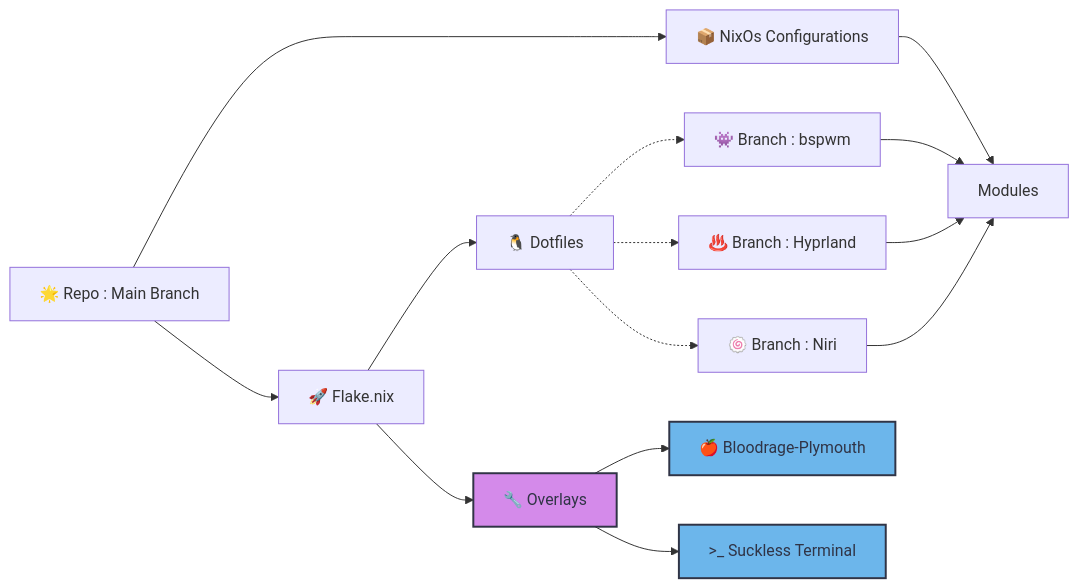
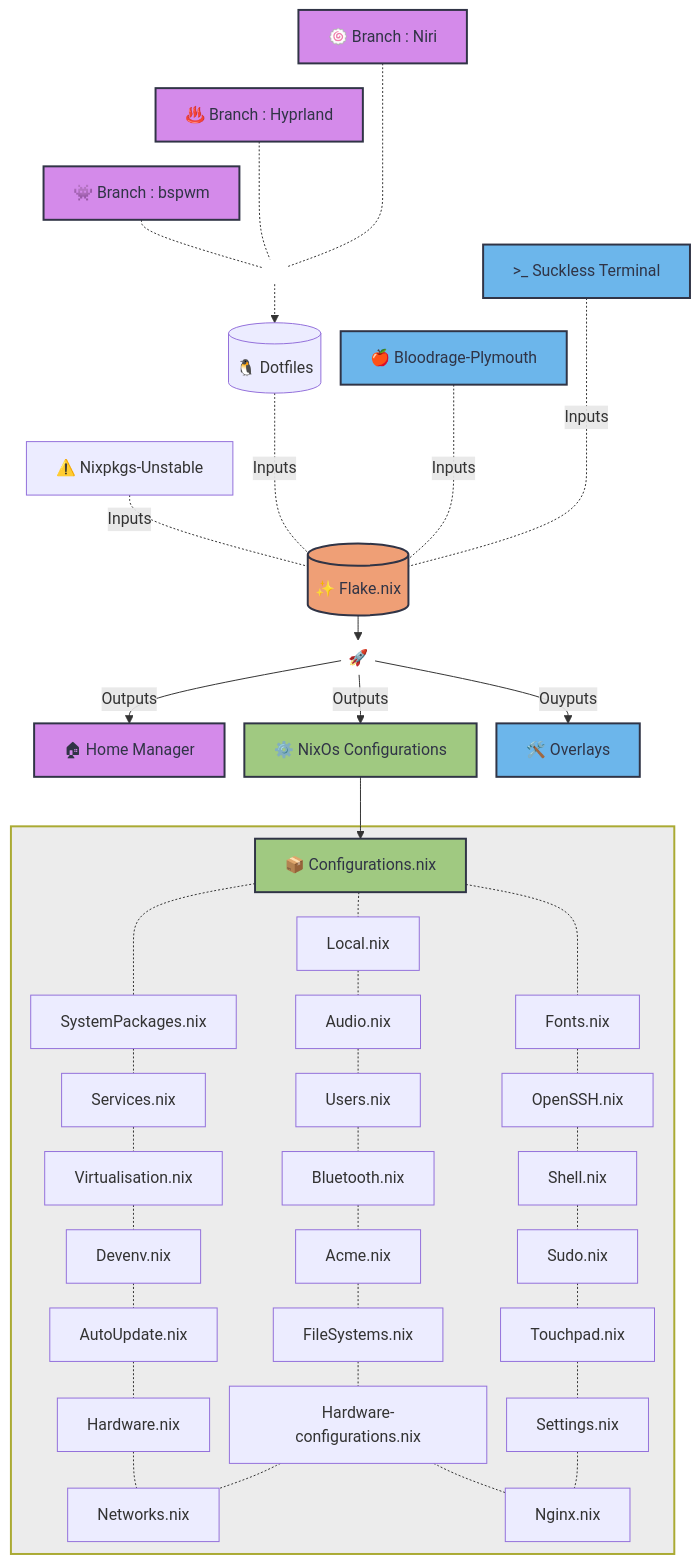
One commit to msalmanrafadhlih/Dotfiles changed the diagram in README.md. Above: the diagram before and after it, drawn with Mermaid. The commit also changed other lines of this file and 2 other files, not shown here.

````diff
--- a/README.md
+++ b/README.md
@@ -25,30 +25,44 @@
 ```mermaid
-graph LR
-    M["🌟 Repo : Main Branch"]
-    M --> SYSTEMS["📦 NixOs Configurations"] --> SYSMODULES["Modules"]
-    M --> FLAKE["🚀 Flake.nix"]
+graph TB
+%%{init: {'flowchart': {'nodeSpacing': 20, 'rankSpacing': 25}}}%%
+  BSPWM["👾 Branch : bspwm"] -.- J1
+  HYPRLAND["♨️ Branch : Hyprland"] -..- J1
+  NIRI["🍥 Branch : Niri"] -...- J1
 
-    FLAKE --> OVERLAYS["🔧 Overlays"]
-    FLAKE --> DOTS["🐧 Dotfiles"]
+  J1((Ψ)) -.-> DOTS
+  SUCKLESS[">_ Suckless Terminal"] -...-|Inputs| FLAKE
+  PLYMOUTH["🍎 Bloodrage-Plymouth"] -..-|Inputs| FLAKE
+  UNSTABLE["⚠️ Nixpkgs-Unstable"] -.-|Inputs| FLAKE
+  DOTS[("🐧 Dotfiles")] -..-|Inputs| FLAKE
 
-    DOTS -.-> BSPWM["👾 Branch : bspwm"]
-    DOTS -.-> HYPRLAND["♨️ Branch : Hyprland"]
-    DOTS -.-> NIRI["🍥 Branch : Niri"]
+  FLAKE[("✨ Flake.nix")] --> OUT(("🚀")) -->|Outputs| HM["🏠︎ Home Manager"]
 
-    OVERLAYS --> PLYMOUTH["🍎 Bloodrage-Plymouth"]
-    OVERLAYS --> SUCKLESS[">_ Suckless Terminal"]
+  OUT -->|Outputs| SYSTEMS["⚙️ NixOs Configurations"]
+  OUT -->|Ouyputs| OVERLAYS["🛠️ Overlays"]
 
-    BSPWM --> SYSMODULES
-    HYPRLAND --> SYSMODULES
-    NIRI --> SYSMODULES
-    
-    classDef configNode fill:#A0C981,stroke:#303446,stroke-width:2px,color:#303446
-    classDef moduleNode fill:#D48AEA,stroke:#303446,stroke-width:2px,color:#303446  
-    classDef appNode fill:#6CB6EB,stroke:#303446,stroke-width:2px,color:#303446
-    classDef dataNode fill:#EF9F76,stroke:#303446,stroke-width:2px,color:#303446
-    
-    class F,CONFIGS,DARWIN,HOME,NIXOS configNode
-    class MODULES,CROSS,DARWINMOD,HOMEMOD,NIXOSMOD,FLAKEMOD,OVERLAYS moduleNode
-    class PLYMOUTH,SUCKLESS appNode
-    class DATA,M1,M2,M3,NOTES,SECRETS dataNode
+  SYSTEMS ---> SYSMDL["📦 Configurations.nix"]
+
+subgraph Systems
+
+  SYSMDL -.- SystemPackages.nix -.- Services.nix -.- Virtualisation.nix -.- Devenv.nix -.- AutoUpdate.nix -.- Hardware.nix -.- Networks.nix
+  SYSMDL -.- Local.nix -.- Audio.nix -.- Users.nix -.- Bluetooth.nix -.- Acme.nix -.- FileSystems.nix -.- LCL["Hardware-configurations.nix"]
+  SYSMDL -.- Fonts.nix -.- OpenSSH.nix -.- Shell.nix -.- Sudo.nix -.- Touchpad.nix -.- Settings.nix -.- Nginx.nix
+  LCL -.- Networks.nix
+  LCL -.- Nginx.nix
+end
+
+  classDef configNode fill:#A0C981,stroke:#303446,stroke-width:2px,color:#303446
+  classDef moduleNode fill:#D48AEA,stroke:#303446,stroke-width:2px,color:#303446
+  classDef appNode fill:#6CB6EB,stroke:#303446,stroke-width:2px,color:#303446
+  classDef dataNode fill:#EF9F76,stroke:#303446,stroke-width:2px,color:#303446
+  classDef background fill:#14141414,stroke-width:2px,color:#00ff0000
+  classDef branch fill:#14141400,stroke-width:0px,color:#ffffff
+
+  class SYSTEMS,SYSMDL, configNode
+  class FLAKE,PLYMOUTH,BSPWM,HYPRLAND,NIRI,HM moduleNode
+  class PLYMOUTH,SUCKLESS,OVERLAYS appNode
+  class FLAKE dataNode
+
+  class Systems background
+  class J1,OUT branch
 ```
````
